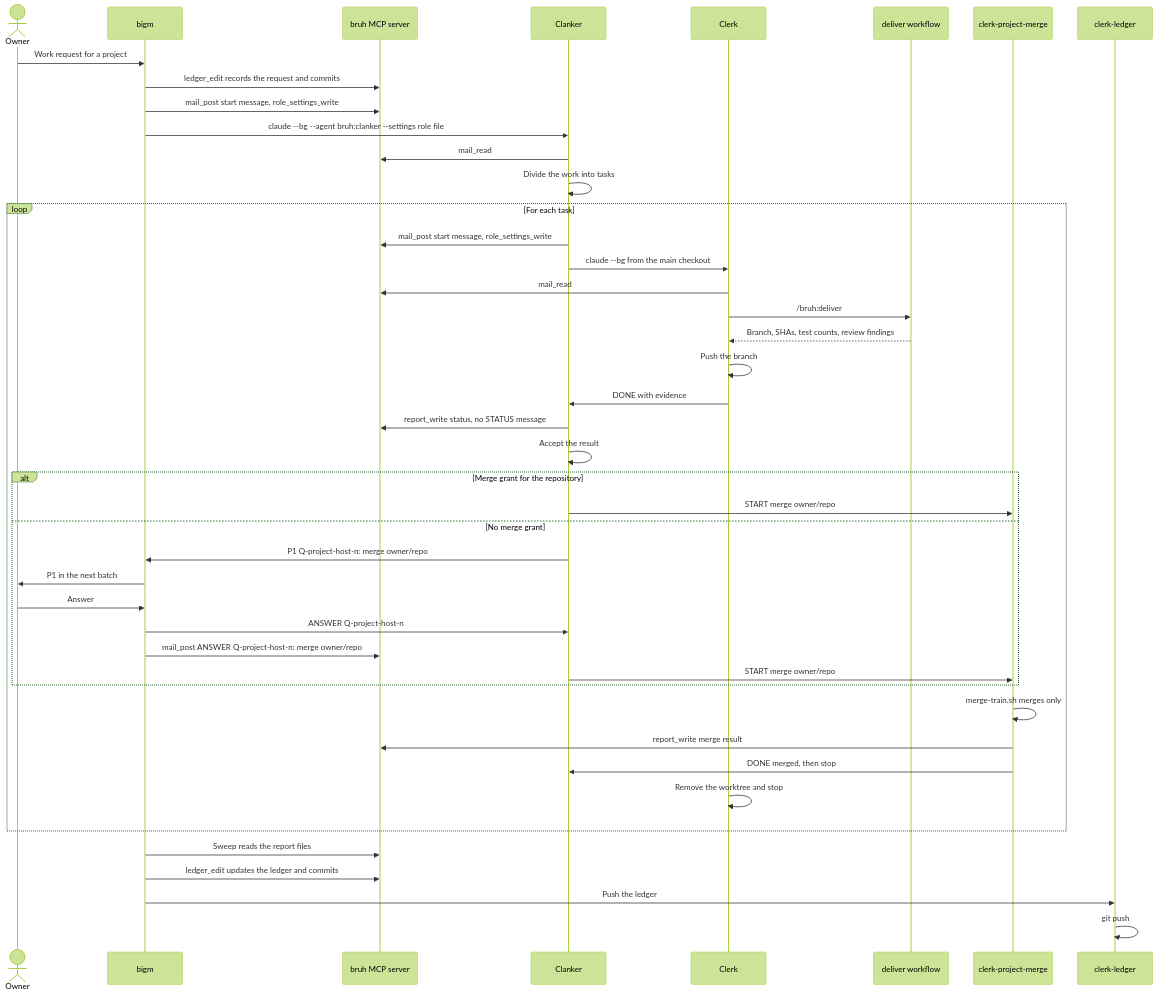
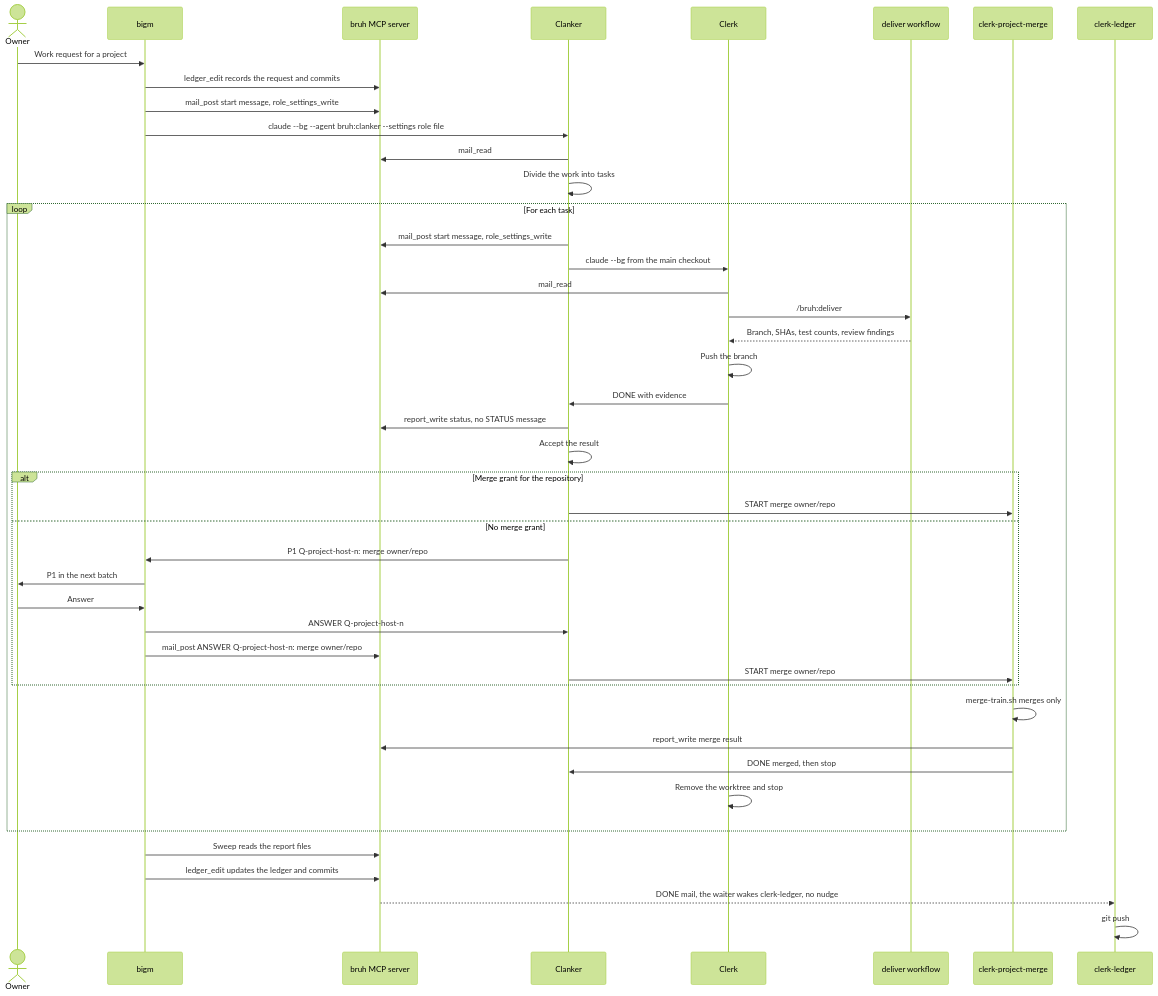
The second of 7 diagrams in docs/flow.md (oter/bruh), drawn with Mermaid (forest theme) before and after one commit. The commit also changed other lines of this file and 2 other files, not shown here.

Commit message:
Less ceremony, run 2: split the ledger README bullets, re-decide the doc dependents
- ledger-template/README.md: "Who writes it" has each bullet on its own line again.
- docs/flow.md: clerk-ledger gets the DONE mail of ledger_edit, and its waiter wakes it. bigm sends no nudge.
- docs/design.md: new entry L59 with the owner words and the tagged decisions D1 to D6, and dated append-only notes on each L55 and L58 history bullet whose premise changed.

````diff
--- a/docs/flow.md
+++ b/docs/flow.md
@@ -70,46 +70,46 @@
 ```mermaid
 sequenceDiagram
     actor Owner
     participant bigm
     participant MCP as bruh MCP server
     participant Clanker
     participant Clerk
     participant WF as deliver workflow
     participant Merger as clerk-project-merge
     participant CL as clerk-ledger
     Owner->>bigm: Work request for a project
     bigm->>MCP: ledger_edit records the request and commits
     bigm->>MCP: mail_post start message, role_settings_write
     bigm->>Clanker: claude --bg --agent bruh:clanker --settings role file
     Clanker->>MCP: mail_read
     Clanker->>Clanker: Divide the work into tasks
     loop For each task
         Clanker->>MCP: mail_post start message, role_settings_write
         Clanker->>Clerk: claude --bg from the main checkout
         Clerk->>MCP: mail_read
         Clerk->>WF: /bruh:deliver
         WF-->>Clerk: Branch, SHAs, test counts, review findings
         Clerk->>Clerk: Push the branch
         Clerk->>Clanker: DONE with evidence
         Clanker->>MCP: report_write status, no STATUS message
         Clanker->>Clanker: Accept the result
         alt Merge grant for the repository
             Clanker->>Merger: START merge owner/repo#n with the grant as the cover
         else No merge grant
             Clanker->>bigm: P1 Q-project-host-n: merge owner/repo#n?
             bigm->>Owner: P1 in the next batch
             Owner->>bigm: Answer
             bigm->>Clanker: ANSWER Q-project-host-n
             bigm->>MCP: mail_post ANSWER Q-project-host-n: merge owner/repo#n approved, to clerk-project-merge
             Clanker->>Merger: START merge owner/repo#n with the ANSWER as the cover
         end
         Merger->>Merger: merge-train.sh merges only #n, confirms with the code host API
         Merger->>MCP: report_write merge result
         Merger->>Clanker: DONE merged, then stop
         Clerk->>Clerk: Remove the worktree and stop
     end
     bigm->>MCP: Sweep reads the report files
     bigm->>MCP: ledger_edit updates the ledger and commits
-    bigm->>CL: Push the ledger
+    MCP-->>CL: DONE mail, the waiter wakes clerk-ledger, no nudge
     CL->>CL: git push
 ```
````
